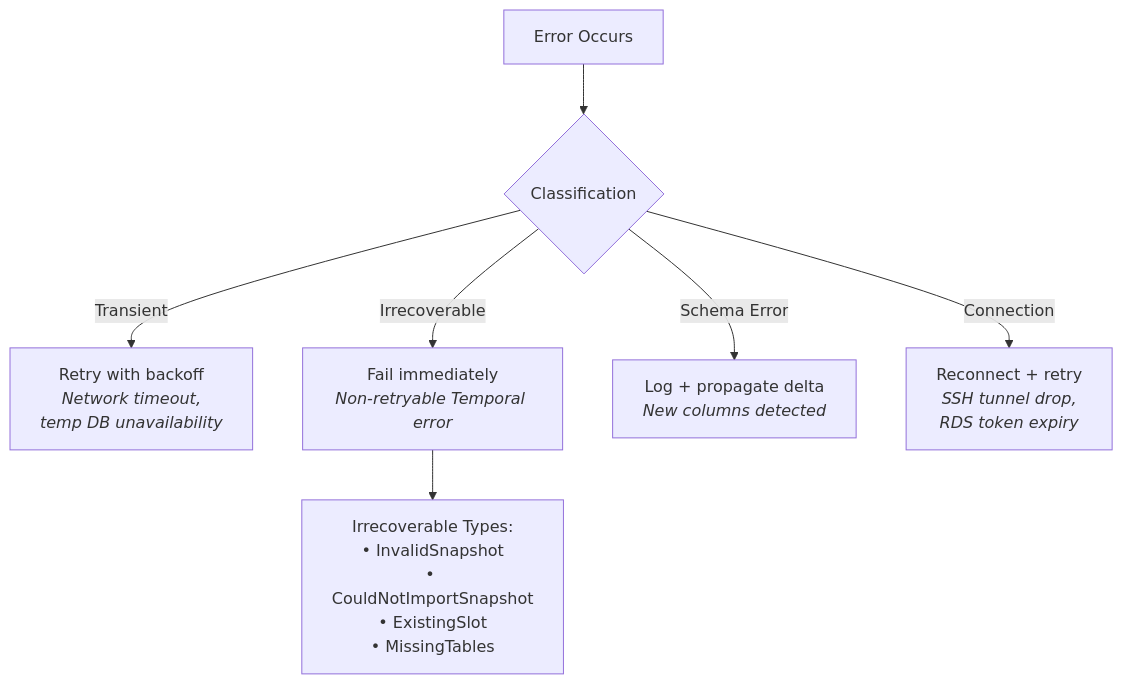
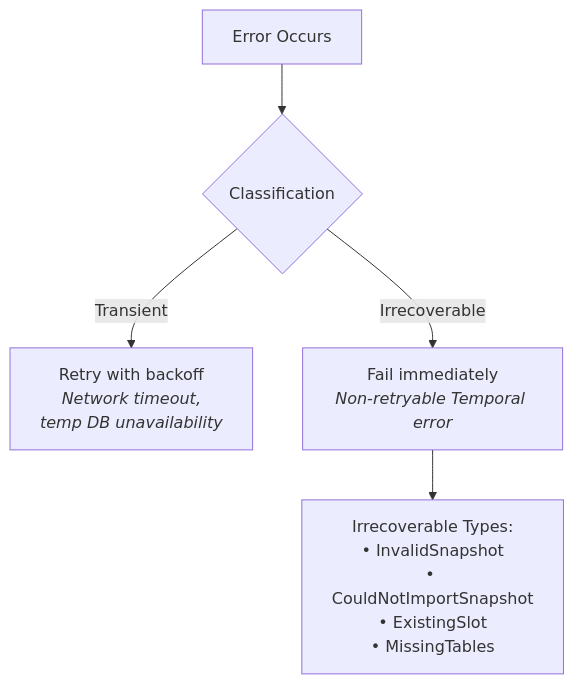
Diagram 11 of 11 in docs/deep-dive-design-document.md (PeerDB-io/peerdb), drawn with Mermaid before and after one commit. The commit also changed other lines of this file and 1 other file, not shown here.

````diff
--- a/docs/deep-dive-design-document.md
+++ b/docs/deep-dive-design-document.md
@@ -887,14 +872,10 @@
 ```mermaid
 flowchart TD
     ERROR["Error Occurs"] --> CLASSIFY{Classification}
 
     CLASSIFY -->|Transient| RETRY["Retry with backoff<br/><i>Network timeout,<br/>temp DB unavailability</i>"]
 
     CLASSIFY -->|Irrecoverable| FAIL["Fail immediately<br/><i>Non-retryable Temporal error</i>"]
 
-    CLASSIFY -->|Schema Error| SCHEMA["Log + propagate delta<br/><i>New columns detected</i>"]
-
-    CLASSIFY -->|Connection| RECONNECT["Reconnect + retry<br/><i>SSH tunnel drop,<br/>RDS token expiry</i>"]
-
     FAIL --> TYPES["Irrecoverable Types:<br/>• InvalidSnapshot<br/>• CouldNotImportSnapshot<br/>• ExistingSlot<br/>• MissingTables"]
 ```
````
